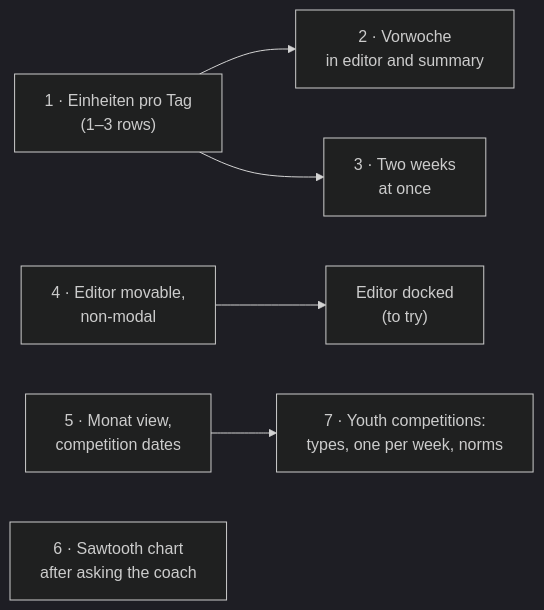
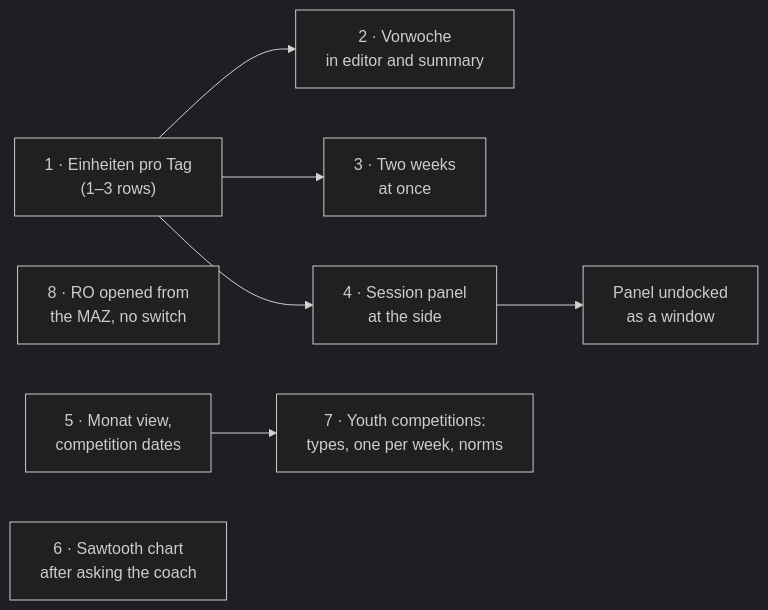
The diagram in docs/UX-PLAN.md (iam-peter/trainingsplaner), drawn with Mermaid (dark theme) before and after one commit. The commit also changed other lines of this file and 1 other file, not shown here.

First line of the commit message:
Plan a session panel and split ITP from RO

````diff
--- a/docs/UX-PLAN.md
+++ b/docs/UX-PLAN.md
@@ -226,8 +271,10 @@
 ```mermaid
 flowchart LR
     A["1 · Einheiten pro Tag<br/>(1–3 rows)"] --> B["2 · Vorwoche<br/>in editor and summary"]
     A --> C["3 · Two weeks<br/>at once"]
-    D["4 · Editor movable,<br/>non-modal"] --> E["Editor docked<br/>(to try)"]
+    D["4 · Session panel<br/>at the side"] --> E["Panel undocked<br/>as a window"]
+    A --> D
+    I["8 · RO opened from<br/>the MAZ, no switch"]
     F["5 · Monat view,<br/>competition dates"] --> G["7 · Youth competitions:<br/>types, one per week, norms"]
     H["6 · Sawtooth chart<br/>after asking the coach"]
 ```
````
